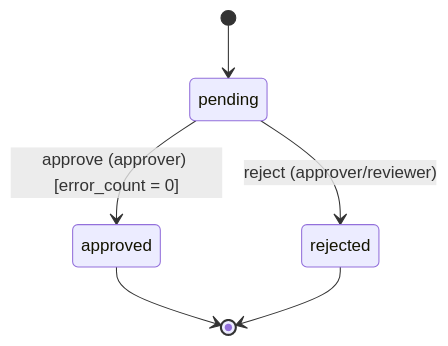
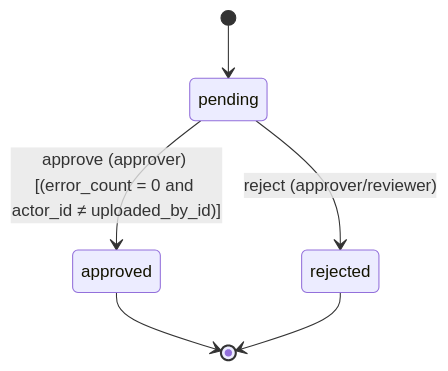
One commit to ConceptPending/flatpack-invoice-review-example changed the diagram in docs/specs/batch-lifecycle.md. Above: the diagram before and after it, drawn with Mermaid. The commit also changed other lines of this file and 9 other files, not shown here.

````diff
--- a/docs/specs/batch-lifecycle.md
+++ b/docs/specs/batch-lifecycle.md
@@ -7,9 +7,9 @@
 ```mermaid
 stateDiagram-v2
     %% Batch review lifecycle
     [*] --> pending
-    pending --> approved: approve (approver) [error_count = 0]
+    pending --> approved: approve (approver) [(error_count = 0 and actor_id ≠ uploaded_by_id)]
     pending --> rejected: reject (approver/reviewer)
     approved --> [*]
     rejected --> [*]
 ```
````
